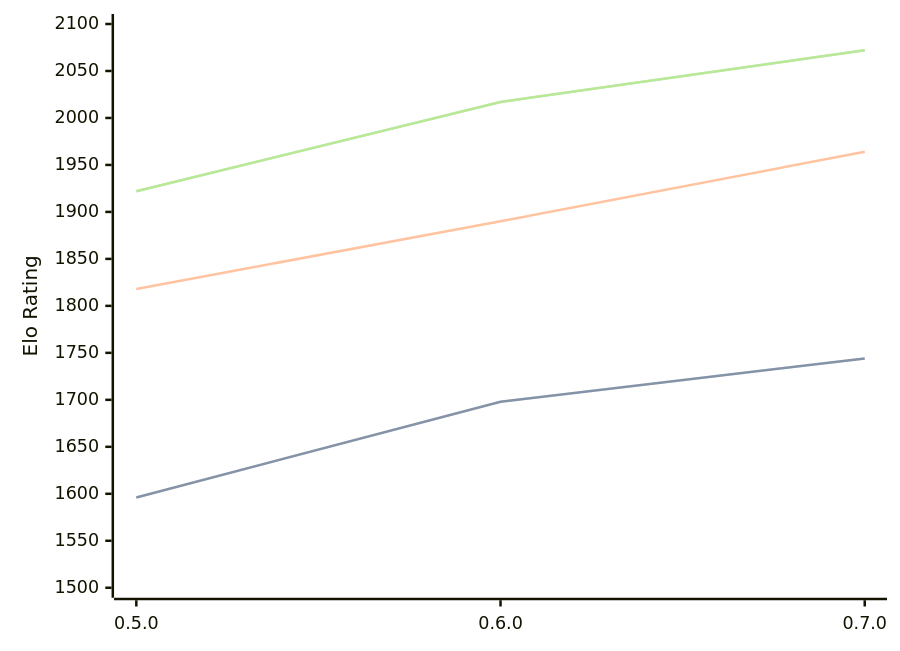
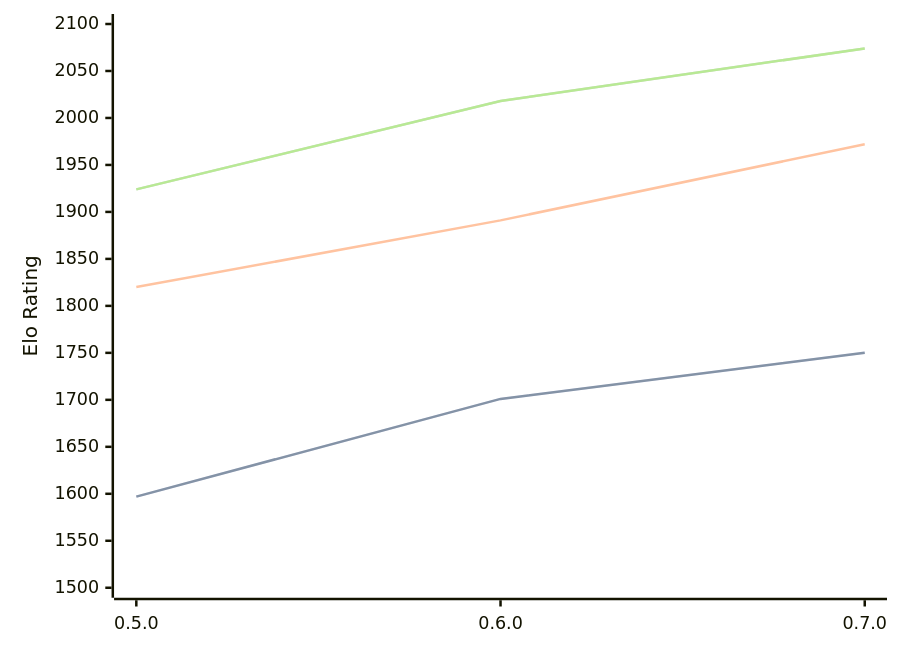
One commit to computer-chess-index/cci changed the diagram in engines/Chess-rs.md. Above: the diagram before and after it, drawn with Mermaid. The commit also changed other lines of this file, not shown here.

Commit message:
Update CCI Ratings (ELO VLTC) - 2026-03-14

````diff
--- a/engines/Chess-rs.md
+++ b/engines/Chess-rs.md
@@ -39,11 +39,11 @@
 ```mermaid
 %%{init: {"theme":"base","themeVariables":{"seriesColors:['#a3a3a3','#222221','#faa371']}}}%%
 xychart-beta
   x-axis ["0.5.0", "0.6.0", "0.7.0"]
   y-axis "Elo Rating" 1500 --> 2100
-  line "STC (8.0+0.08s)" [1596, 1698, 1744]
-  line "STC (8.0+0.08s)" [1596, 1698, 1744]
-  line "LTC (60.0+0.60s)" [1818, 1890, 1964]
-  line "VLTC (2m24s+1.12s)" [1922, 2017, 2072]
-  line "VLTC (2m24s+1.12s)" [1922, 2017, 2072]
+  line "STC (8.0+0.08s)" [1597, 1701, 1750]
+  line "STC (8.0+0.08s)" [1597, 1701, 1750]
+  line "LTC (60.0+0.60s)" [1820, 1891, 1972]
+  line "VLTC (2m24s+1.12s)" [1924, 2018, 2074]
+  line "VLTC (2m24s+1.12s)" [1924, 2018, 2074]
 ```
````
